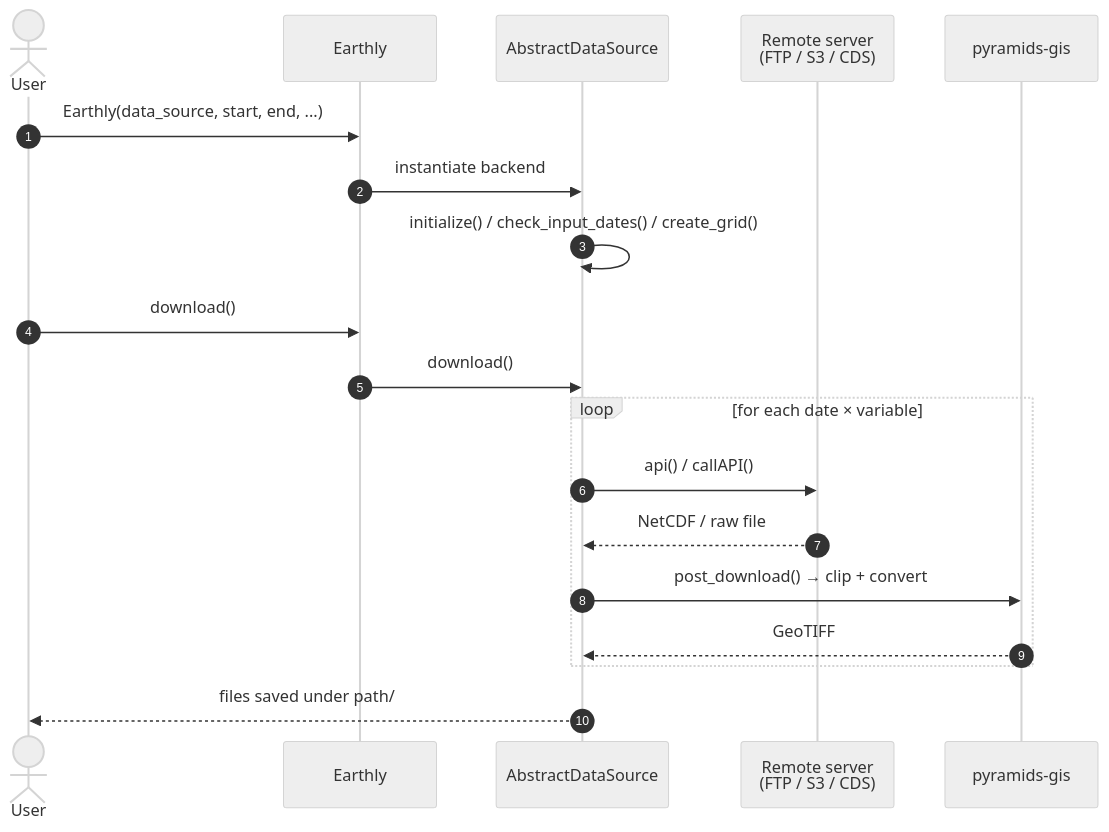
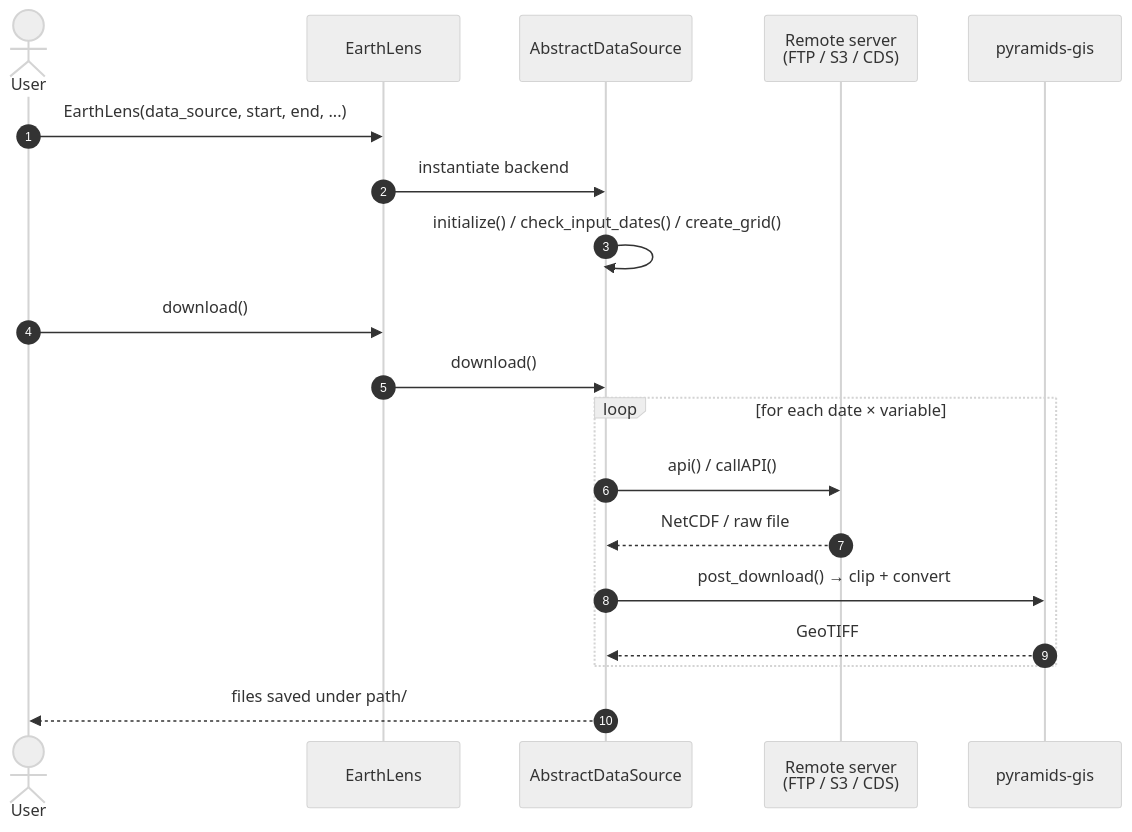
Before and after one commit to serapeum-org/earthly: the fourth of 5 diagrams in docs/overview/architecture.md, drawn with Mermaid (neutral theme). The commit also changed other lines of this file and 86 other files, not shown here.

````diff
--- a/docs/overview/architecture.md
+++ b/docs/overview/architecture.md
@@ -144,22 +144,22 @@
 ```mermaid
 sequenceDiagram
     autonumber
     actor User
-    participant Facade as Earthly
+    participant Facade as EarthLens
     participant DS as AbstractDataSource
     participant Server as Remote server<br/>(FTP / S3 / CDS)
     participant Pyramids as pyramids-gis
 
-    User->>Facade: Earthly(data_source, start, end, ...)
+    User->>Facade: EarthLens(data_source, start, end, ...)
     Facade->>DS: instantiate backend
     DS->>DS: initialize() / check_input_dates() / create_grid()
     User->>Facade: download()
     Facade->>DS: download()
     loop for each date × variable
         DS->>Server: api() / callAPI()
         Server-->>DS: NetCDF / raw file
         DS->>Pyramids: post_download() → clip + convert
         Pyramids-->>DS: GeoTIFF
     end
     DS-->>User: files saved under path/
 ```
````
